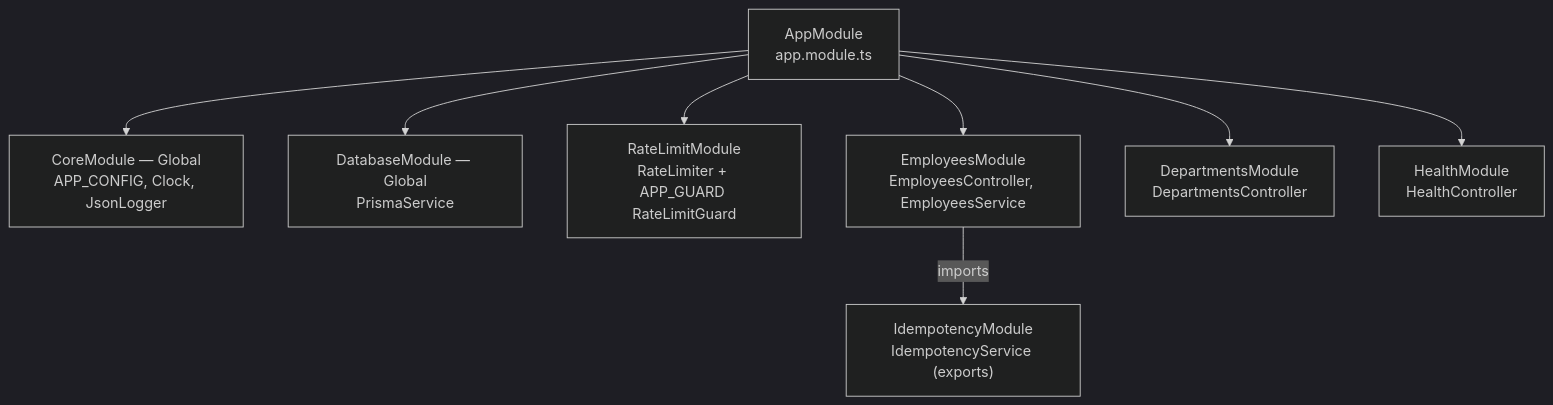
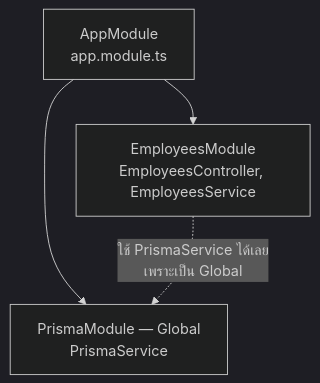
The first of 3 diagrams in docs/learn/02-nestjs.md (sittipong-hemloun/helius-tech-test), drawn with Mermaid (dark theme) before and after one commit. The commit also changed other lines of this file and 180 other files, not shown here.

````diff
--- a/docs/learn/02-nestjs.md
+++ b/docs/learn/02-nestjs.md
@@ -72,10 +67,6 @@
 ```mermaid
 flowchart TD
-    APP["AppModule<br/>app.module.ts"] --> CORE["CoreModule — Global<br/>APP_CONFIG, Clock, JsonLogger"]
-    APP --> DB["DatabaseModule — Global<br/>PrismaService"]
-    APP --> RL["RateLimitModule<br/>RateLimiter + APP_GUARD RateLimitGuard"]
+    APP["AppModule<br/>app.module.ts"] --> PM["PrismaModule — Global<br/>PrismaService"]
     APP --> EMP["EmployeesModule<br/>EmployeesController, EmployeesService"]
-    APP --> DEP["DepartmentsModule<br/>DepartmentsController"]
-    APP --> HL["HealthModule<br/>HealthController"]
-    EMP -->|"imports"| IDEM["IdempotencyModule<br/>IdempotencyService (exports)"]
+    EMP -. "ใช้ PrismaService ได้เลย<br/>เพราะเป็น Global" .-> PM
 ```
````
